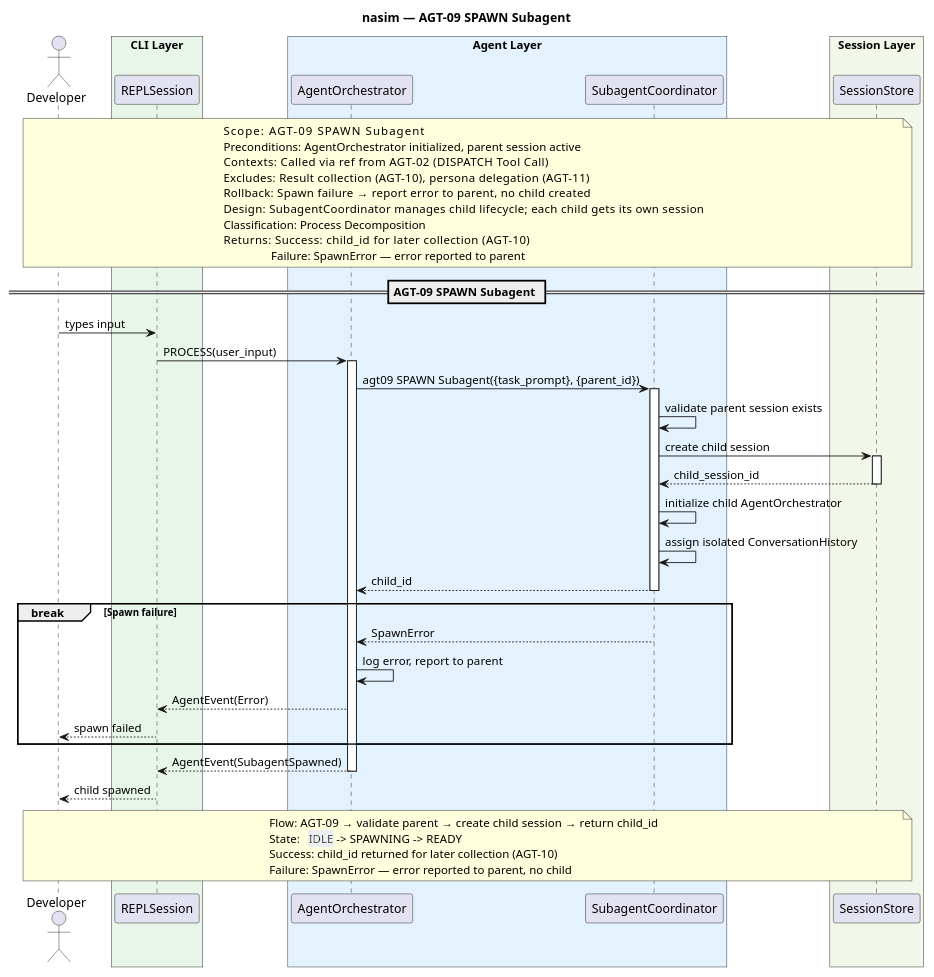
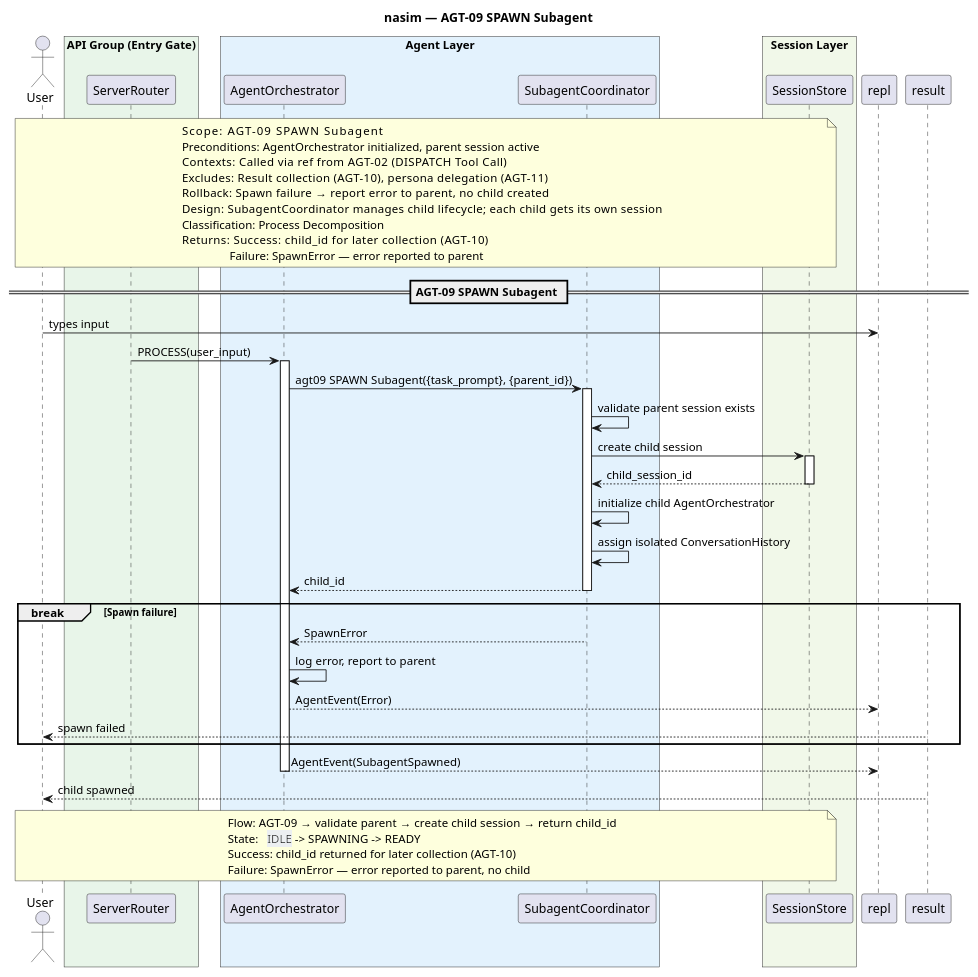
One commit to salimnamvar/nasim changed the diagram in docs/SQ/AGT/sq_agt09_spawn_subagent.puml. Above: the diagram before and after it, drawn with PlantUML. The commit also changed 163 other files, not shown here.

First line of the commit message:
docs: Refactor UC diagrams and documentation for API-First transformation

```diff
--- a/docs/SQ/AGT/sq_agt09_spawn_subagent.puml
+++ b/docs/SQ/AGT/sq_agt09_spawn_subagent.puml
@@ -1,77 +1,77 @@
 @startuml sq_agt09_spawn_subagent
 ' ============================================================
 ' Title:     AGT-09 — SPAWN Subagent
 ' Boundary:  nasim code agent
 ' Purpose:   Delegate work to a child agent process
 ' Milestone: v1.0
-' Version:   1.0.0
-' Source:    docs/UC/README.md
+' Version:   7.0.0
+' Source:    CAR refinement loop — API-First transformation
 ' Review:    docs/SQ/README.md
 ' ============================================================
 
 title nasim — AGT-09 SPAWN Subagent
 
-actor "Developer" as user
+actor "User" as user
 
-box "CLI Layer" #E8F5E9
-  participant "REPLSession" as repl
+box "API Group (Entry Gate)" #E8F5E9
+  participant "ServerRouter" as router
 end box
 box "Agent Layer" #E3F2FD
   participant "AgentOrchestrator" as agent
   participant "SubagentCoordinator" as coord
 end box
 box "Session Layer" #F1F8E9
   participant "SessionStore" as store
 end box
 
 note over user, store
   Scope:          AGT-09 SPAWN Subagent
   Preconditions:  AgentOrchestrator initialized, parent session active
   Contexts:       Called via ref from AGT-02 (DISPATCH Tool Call)
   Excludes:       Result collection (AGT-10), persona delegation (AGT-11)
   Rollback:       Spawn failure → report error to parent, no child created
   Design:         SubagentCoordinator manages child lifecycle; each child gets its own session
   Classification: Process Decomposition
   Returns:        Success: child_id for later collection (AGT-10)
                   Failure: SpawnError — error reported to parent
 end note
 
 == AGT-09 SPAWN Subagent ==
 
 user -> repl : types input
-repl -> agent : PROCESS(user_input)
+router -> agent : PROCESS(user_input)
 activate agent
 
 agent -> coord : agt09 SPAWN Subagent({task_prompt}, {parent_id})
 activate coord
 
 coord -> coord : validate parent session exists
 coord -> store : create child session
 activate store
 store --> coord : child_session_id
 deactivate store
 
 coord -> coord : initialize child AgentOrchestrator
 coord -> coord : assign isolated ConversationHistory
 coord --> agent : child_id
 deactivate coord
 
 break Spawn failure
     coord --> agent : SpawnError
     agent -> agent : log error, report to parent
     agent --> repl : AgentEvent(Error)
-    repl --> user : spawn failed
+    result --> user : spawn failed
 end
 
 agent --> repl : AgentEvent(SubagentSpawned)
 deactivate agent
-repl --> user : child spawned
+result --> user : child spawned
 
 note over user, store
   Flow:    AGT-09 → validate parent → create child session → return child_id
   State:   <back:#ECEFF1>IDLE</back> -> SPAWNING -> READY
   Success: child_id returned for later collection (AGT-10)
   Failure: SpawnError — error reported to parent, no child
 end note
 
 @enduml
```
